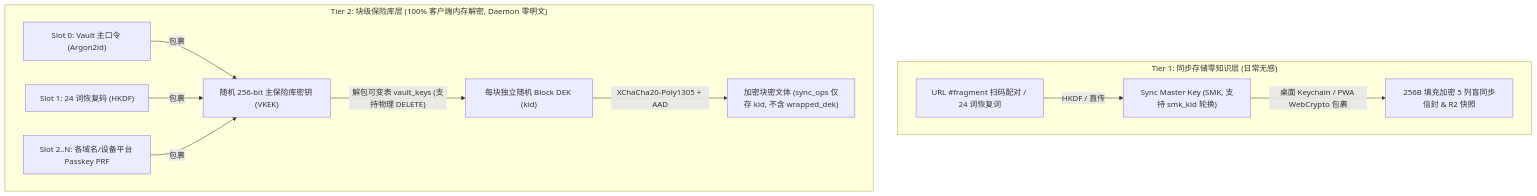
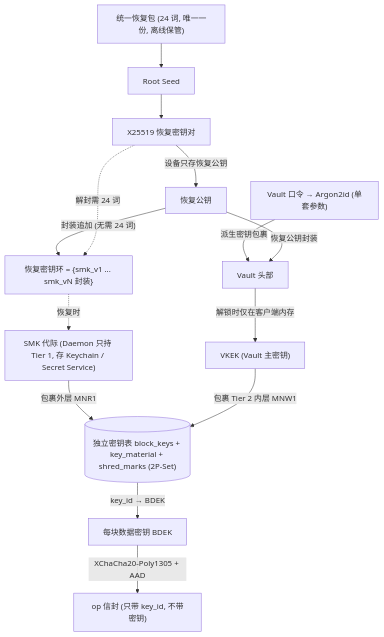
One commit to gray0128/my-note changed the fifth of 7 diagrams in docs/architecture-proposal.md. Above: the diagram before and after it, drawn with Mermaid. The commit also changed other lines of this file and 16 other files, not shown here.

````diff
--- a/docs/architecture-proposal.md
+++ b/docs/architecture-proposal.md
@@ -444,15 +494,16 @@
 ```mermaid
 flowchart TD
-    subgraph Tier1["Tier 1: 同步存储零知识层 (日常无感)"]
-        PairOrRec["URL #fragment 扫码配对 / 24 词恢复词"] -->|"HKDF / 直传"| SMK["Sync Master Key (SMK, 支持 smk_kid 轮换)"]
-        SMK -->|"桌面 Keychain / PWA WebCrypto 包裹"| AutoEnc["256B 填充加密 5 列盲同步信封 & R2 快照"]
-    end
-
-    subgraph Tier2["Tier 2: 块级保险库层 (100% 客户端内存解密, Daemon 零明文)"]
-        S0["Slot 0: Vault 主口令 (Argon2id)"] -->|"包裹"| VKEK["随机 256-bit 主保险库密钥 (VKEK)"]
-        S1["Slot 1: 24 词恢复码 (HKDF)"] -->|"包裹"| VKEK
-        S2["Slot 2..N: 各域名/设备平台 Passkey PRF"] -->|"包裹"| VKEK
-        VKEK -->|"解包可变表 vault_keys (支持物理 DELETE)"| BDEK["每块独立随机 Block DEK (kid)"]
-        BDEK -->|"XChaCha20-Poly1305 + AAD"| LockedBlob["加密块密文体 (sync_ops 仅存 kid, 不含 wrapped_dek)"]
-    end
+    RB["统一恢复包 (24 词, 唯一一份, 离线保管)"] --> RS["Root Seed"]
+    RS --> RKP["X25519 恢复密钥对"]
+    RKP -->|"设备只存恢复公钥"| RPUB["恢复公钥"]
+    RPUB -->|"封装追加 (无需 24 词)"| RKR["恢复密钥环 = {smk_v1 ... smk_vN 封装}"]
+    RKP -.->|"解封需 24 词"| RKR
+    RKR -.->|"恢复时"| SMK["SMK 代际 (Daemon 只持 Tier 1, 存 Keychain / Secret Service)"]
+    PW["Vault 口令 → Argon2id (单套参数)"] -->|"派生密钥包裹"| VH["Vault 头部"]
+    RPUB -->|"恢复公钥封装"| VH
+    VH -->|"解锁时仅在客户端内存"| VKEK["VKEK (Vault 主密钥)"]
+    SMK -->|"包裹外层 MNR1"| BK[("独立密钥表 block_keys + key_material + shred_marks (2P-Set)")]
+    VKEK -->|"包裹 Tier 2 内层 MNW1"| BK
+    BK -->|"key_id → BDEK"| BDEK["每块数据密钥 BDEK"]
+    BDEK -->|"XChaCha20-Poly1305 + AAD"| OP["op 信封 (只带 key_id, 不带密钥)"]
 ```
````
